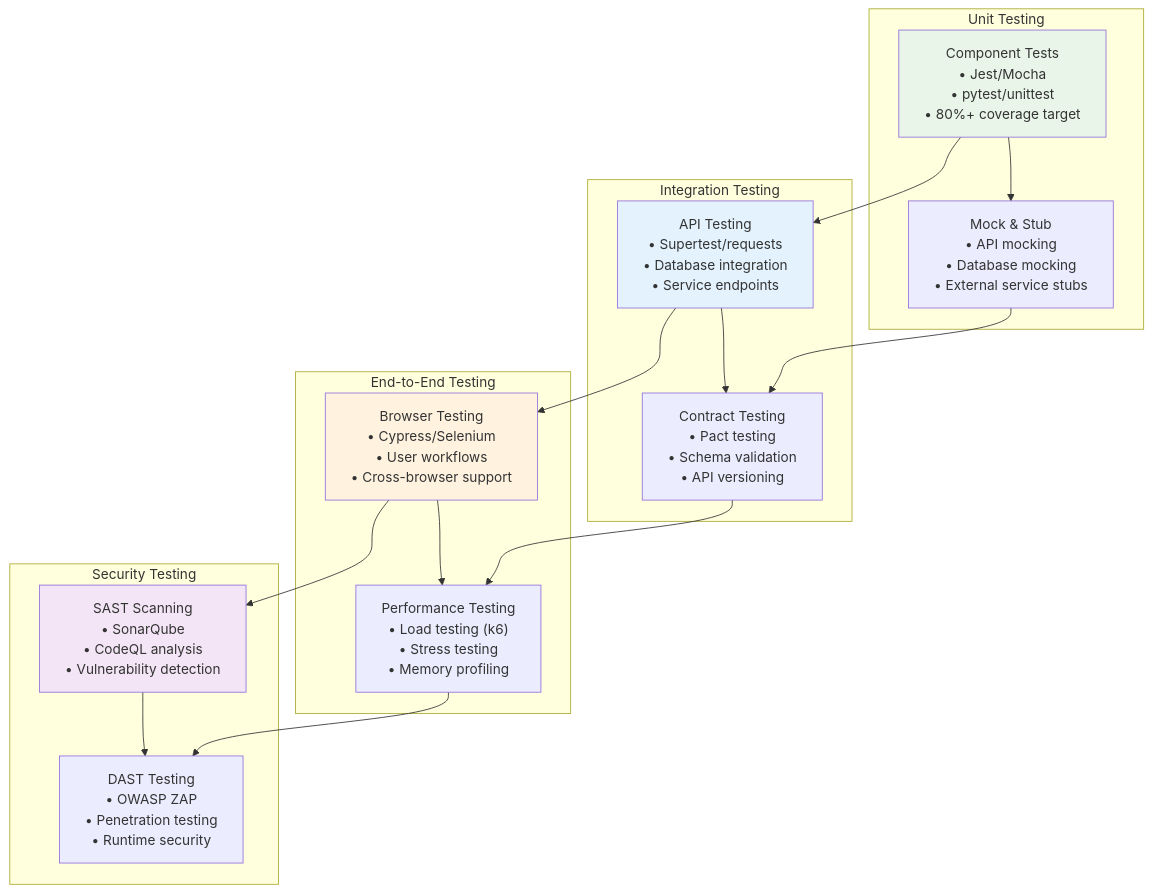
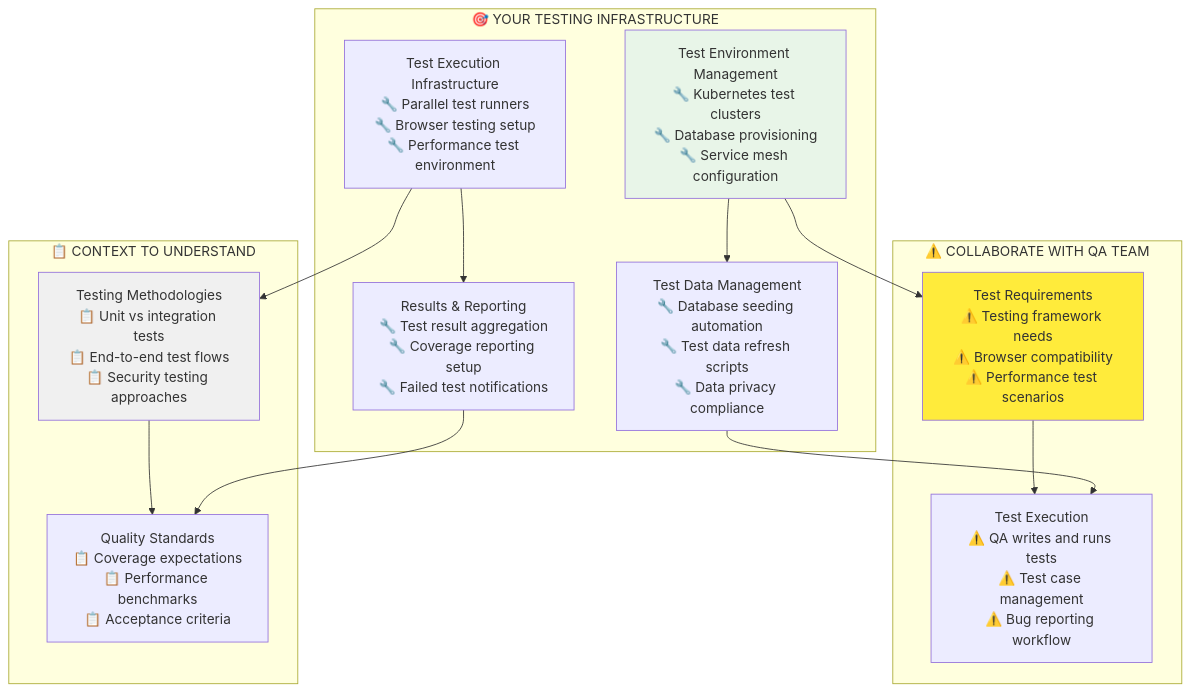
The sixth of 10 diagrams in Tech_Relationships/13-DevOps_Development_Cycle_Relationships.md (pelchers/Learning_DevOps), drawn with Mermaid before and after one commit. The commit also changed other lines of this file and 21 other files, not shown here.

````diff
--- a/Tech_Relationships/13-DevOps_Development_Cycle_Relationships.md
+++ b/Tech_Relationships/13-DevOps_Development_Cycle_Relationships.md
@@ -374,30 +360,24 @@
 ```mermaid
 flowchart TD
-    subgraph "Unit Testing"
-        A["Component Tests<br/>• Jest/Mocha<br/>• pytest/unittest<br/>• 80%+ coverage target"] --> B["Mock & Stub<br/>• API mocking<br/>• Database mocking<br/>• External service stubs"]
+    subgraph "🎯 YOUR TESTING INFRASTRUCTURE"
+        A["Test Environment Management<br/>🔧 Kubernetes test clusters<br/>🔧 Database provisioning<br/>🔧 Service mesh configuration"] --> B["Test Data Management<br/>🔧 Database seeding automation<br/>🔧 Test data refresh scripts<br/>🔧 Data privacy compliance"]
+        C["Test Execution Infrastructure<br/>🔧 Parallel test runners<br/>🔧 Browser testing setup<br/>🔧 Performance test environment"] --> D["Results & Reporting<br/>🔧 Test result aggregation<br/>🔧 Coverage reporting setup<br/>🔧 Failed test notifications"]
     end
     
-    subgraph "Integration Testing"
-        C["API Testing<br/>• Supertest/requests<br/>• Database integration<br/>• Service endpoints"] --> D["Contract Testing<br/>• Pact testing<br/>• Schema validation<br/>• API versioning"]
+    subgraph "⚠️ COLLABORATE WITH QA TEAM"
+        E["Test Requirements<br/>⚠️ Testing framework needs<br/>⚠️ Browser compatibility<br/>⚠️ Performance test scenarios"] --> F["Test Execution<br/>⚠️ QA writes and runs tests<br/>⚠️ Test case management<br/>⚠️ Bug reporting workflow"]
     end
     
-    subgraph "End-to-End Testing"
-        E["Browser Testing<br/>• Cypress/Selenium<br/>• User workflows<br/>• Cross-browser support"] --> F["Performance Testing<br/>• Load testing (k6)<br/>• Stress testing<br/>• Memory profiling"]
+    subgraph "📋 CONTEXT TO UNDERSTAND"
+        G["Testing Methodologies<br/>📋 Unit vs integration tests<br/>📋 End-to-end test flows<br/>📋 Security testing approaches"] --> H["Quality Standards<br/>📋 Coverage expectations<br/>📋 Performance benchmarks<br/>📋 Acceptance criteria"]
     end
     
-    subgraph "Security Testing"
-        G["SAST Scanning<br/>• SonarQube<br/>• CodeQL analysis<br/>• Vulnerability detection"] --> H["DAST Testing<br/>• OWASP ZAP<br/>• Penetration testing<br/>• Runtime security"]
-    end
-    
-    A --> C
-    B --> D
-    C --> E
-    D --> F
-    E --> G
-    F --> H
+    A --> E
+    B --> F
+    C --> G
+    D --> H
     
     style A fill:#e8f5e8
-    style C fill:#e3f2fd
-    style E fill:#fff3e0
-    style G fill:#f3e5f5
+    style E fill:#ffeb3b
+    style G fill:#f0f0f0
 ```
````
